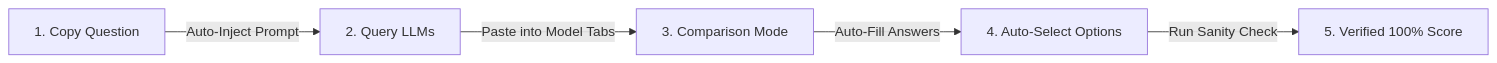
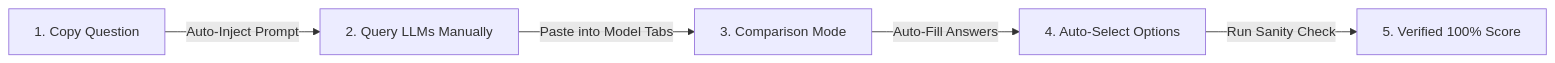
The diagram in README.md (Geervan/NPTEL-CopyFill), drawn with Mermaid before and after one commit. The commit also changed other lines of this file, not shown here.

````diff
--- a/README.md
+++ b/README.md
@@ -75,7 +79,7 @@
 ```mermaid
 flowchart LR
-    A["1. Copy Question"] -->|Auto-Inject Prompt| B["2. Query LLMs"]
+    A["1. Copy Question"] -->|Auto-Inject Prompt| B["2. Query LLMs Manually"]
     B -->|Paste into Model Tabs| C["3. Comparison Mode"]
     C -->|Auto-Fill Answers| D["4. Auto-Select Options"]
     D -->|Run Sanity Check| E["5. Verified 100% Score"]
 ```
````
